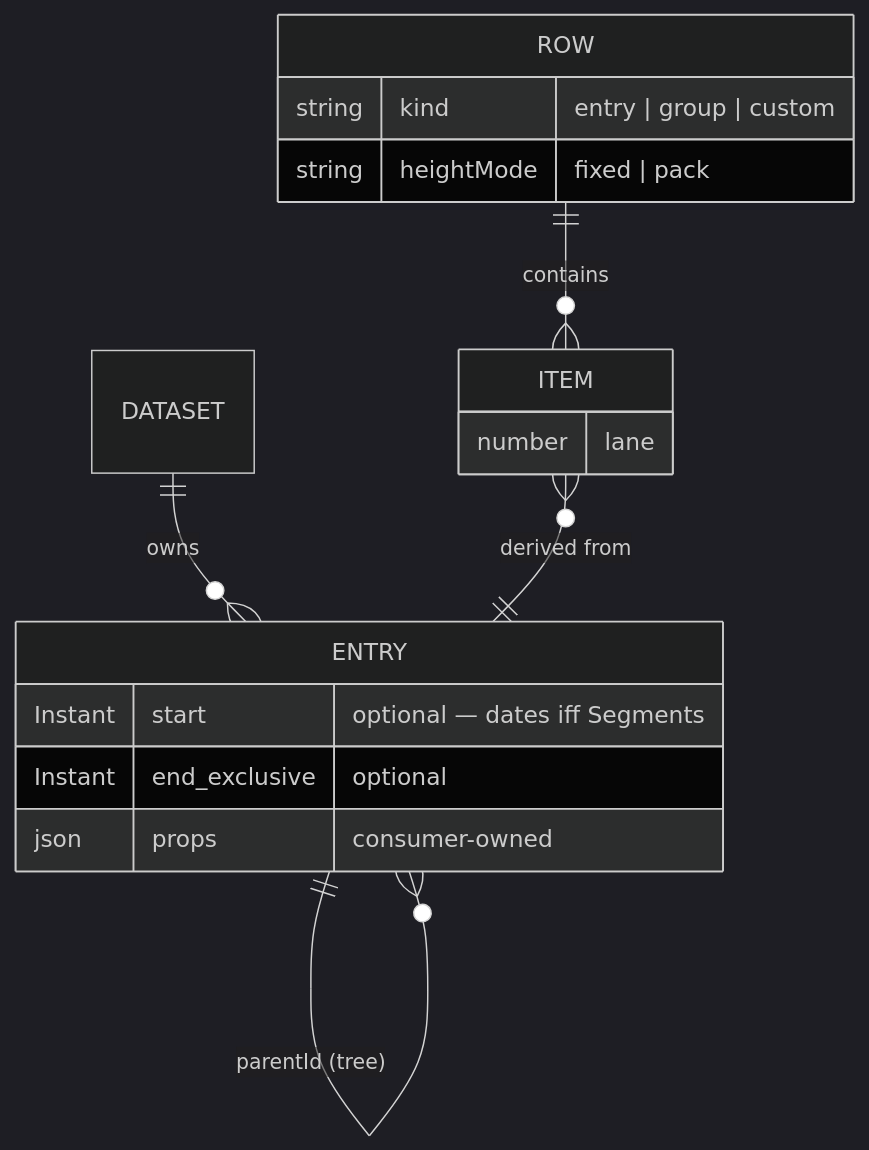
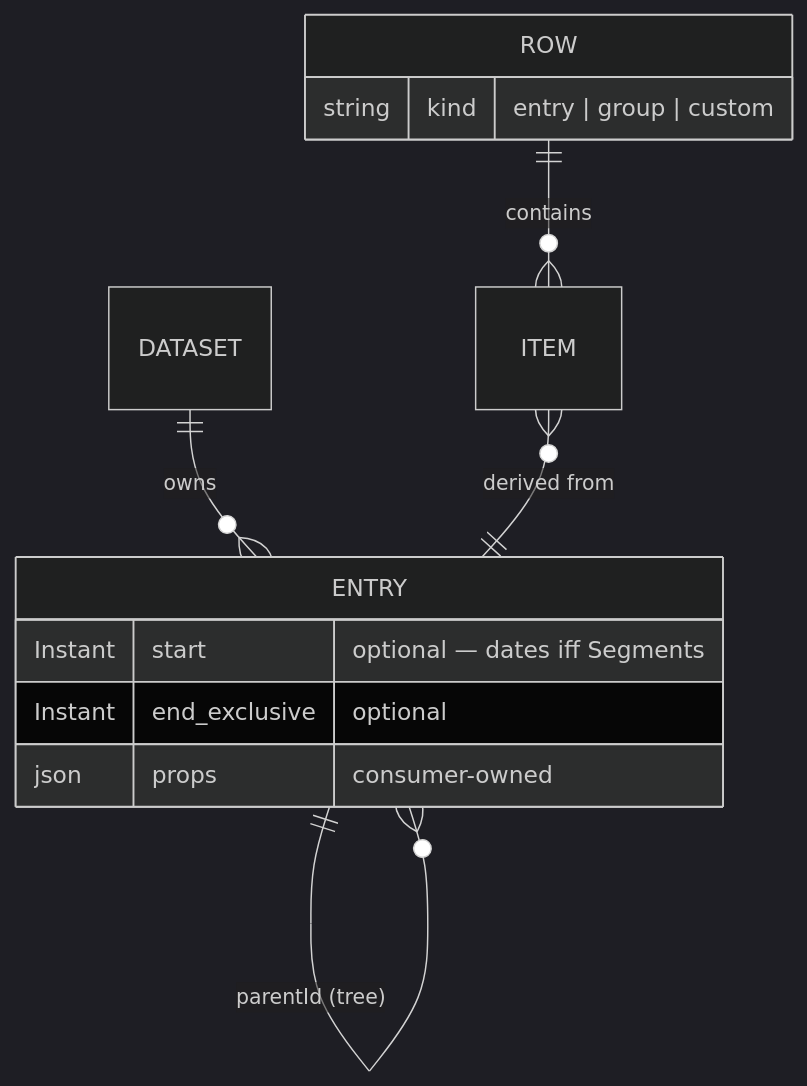
Before and after one commit to freegantt/freegantt: the third of 6 diagrams in plans/01-domain-architecture.md, drawn with Mermaid (dark theme). The commit also changed other lines of this file and 51 other files, not shown here.

First line of the commit message:
fix(layout): retire heightMode: 'pack' and all lane-packing (#298) (#350)

````diff
--- a/plans/01-domain-architecture.md
+++ b/plans/01-domain-architecture.md
@@ -190,21 +188,17 @@
 ```mermaid
 erDiagram
   DATASET ||--o{ ENTRY : owns
   ENTRY ||--o{ ENTRY : "parentId (tree)"
 
   ROW ||--o{ ITEM : contains
   ITEM }o--|| ENTRY : "derived from"
 
   ENTRY {
     Instant start "optional — dates iff Segments"
     Instant end_exclusive "optional"
     json props "consumer-owned"
   }
   ROW {
     string kind "entry | group | custom"
-    string heightMode "fixed | pack"
-  }
-  ITEM {
-    number lane
   }
 ```
````
